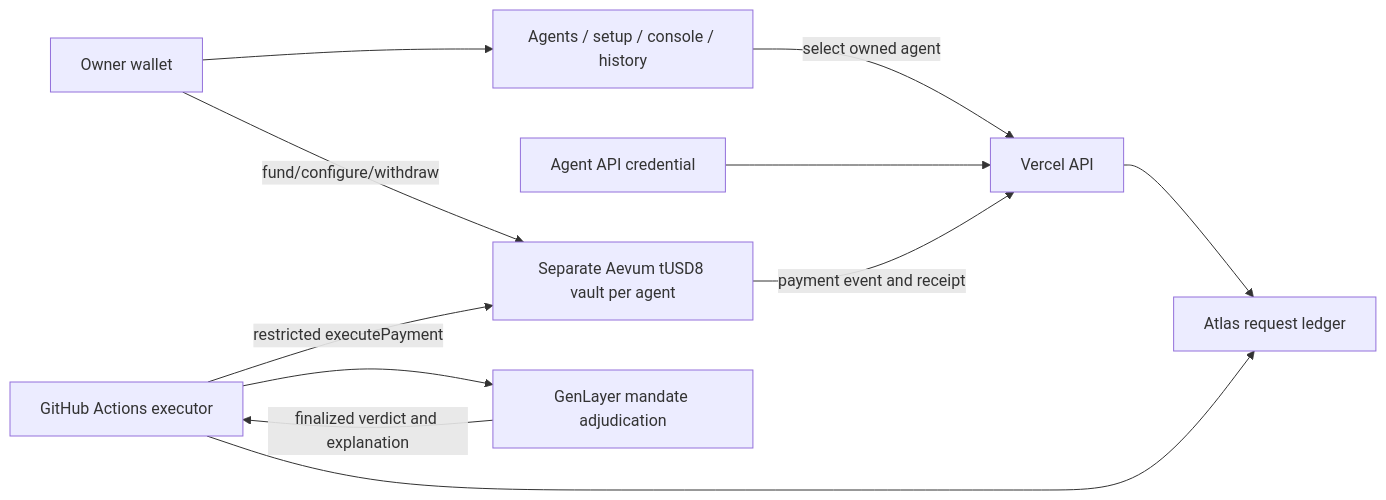
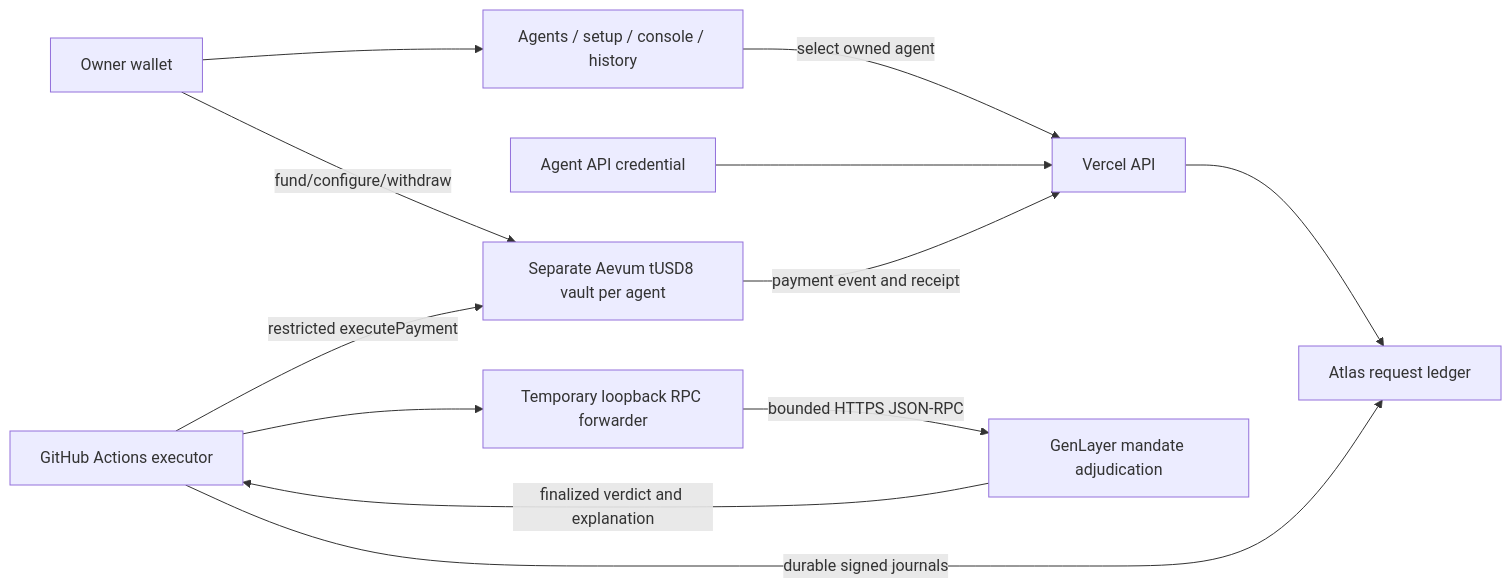
The diagram in docs/architecture.md (TS-mfon/agentpay), drawn with Mermaid before and after one commit. The commit also changed other lines of this file and 27 other files, not shown here.

````diff
--- a/docs/architecture.md
+++ b/docs/architecture.md
@@ -3,13 +3,14 @@
 ```mermaid
 flowchart LR
   O[Owner wallet] --> UI[Agents / setup / console / history]
   UI -->|select owned agent| API[Vercel API]
   O -->|fund/configure/withdraw| V[Separate Aevum tUSD8 vault per agent]
   A[Agent API credential] --> API
   API --> DB[Atlas request ledger]
-  W[GitHub Actions executor] --> DB
-  W --> G[GenLayer mandate adjudication]
+  W[GitHub Actions executor] -->|durable signed journals| DB
+  W --> P[Temporary loopback RPC forwarder]
+  P -->|bounded HTTPS JSON-RPC| G[GenLayer mandate adjudication]
   G -->|finalized verdict and explanation| W
   W -->|restricted executePayment| V
   V -->|payment event and receipt| API
 ```
````
